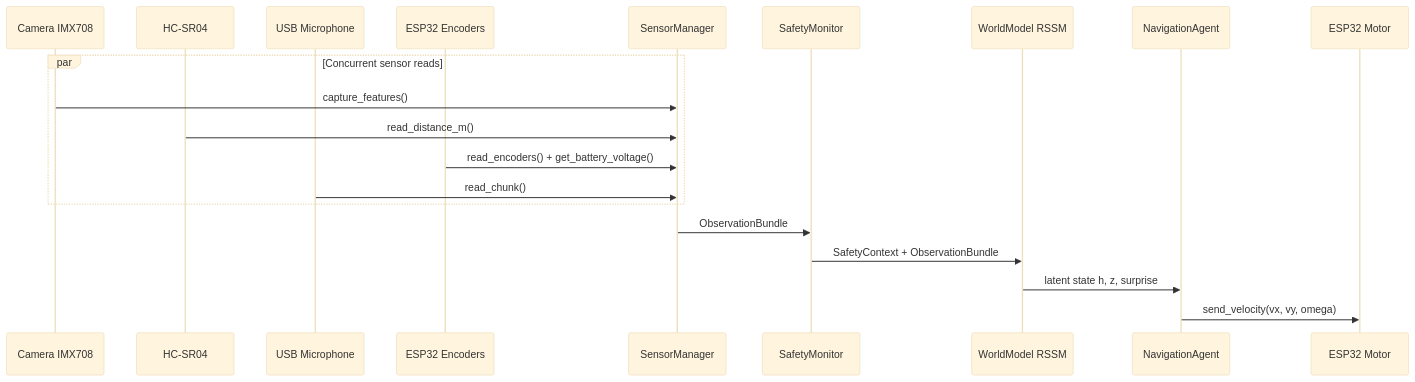
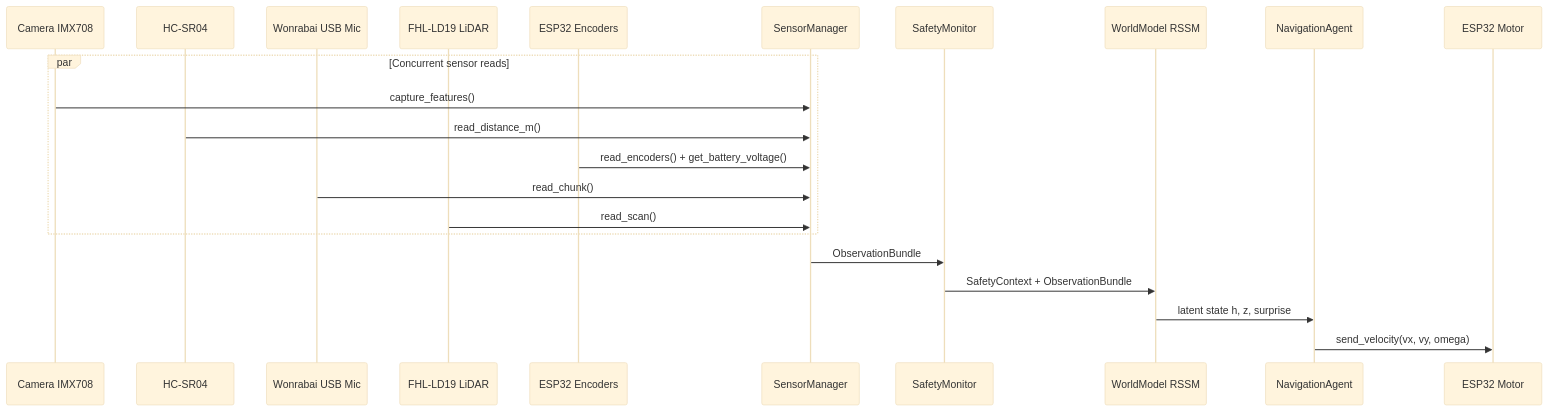
One commit to ianshank/Mouse-Droid-AGI changed the fifth of 10 diagrams in docs/architecture.md. Above: the diagram before and after it, drawn with Mermaid (base theme). The commit also changed other lines of this file and 2 other files, not shown here.

First line of the commit message:
docs: update CHANGELOG, C4 architecture, and .gitignore for LiDAR + Wonrabai

````diff
--- a/docs/architecture.md
+++ b/docs/architecture.md
@@ -226,24 +233,26 @@
 ```mermaid
 sequenceDiagram
     participant Camera as Camera IMX708
     participant Sonic as HC-SR04
-    participant Mic as USB Microphone
+    participant Mic as Wonrabai USB Mic
+    participant LiDAR as FHL-LD19 LiDAR
     participant ESP32 as ESP32 Encoders
     participant SM as SensorManager
     participant Safety as SafetyMonitor
     participant WM as WorldModel RSSM
     participant Agent as NavigationAgent
     participant Motor as ESP32 Motor
 
     par Concurrent sensor reads
         Camera->>SM: capture_features()
         Sonic->>SM: read_distance_m()
         ESP32->>SM: read_encoders() + get_battery_voltage()
         Mic->>SM: read_chunk()
+        LiDAR->>SM: read_scan()
     end
 
     SM->>Safety: ObservationBundle
     Safety->>WM: SafetyContext + ObservationBundle
     WM->>Agent: latent state h, z, surprise
     Agent->>Motor: send_velocity(vx, vy, omega)
 ```
````
